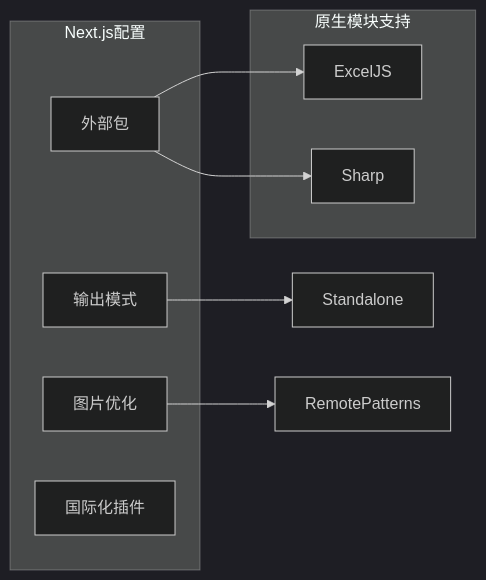
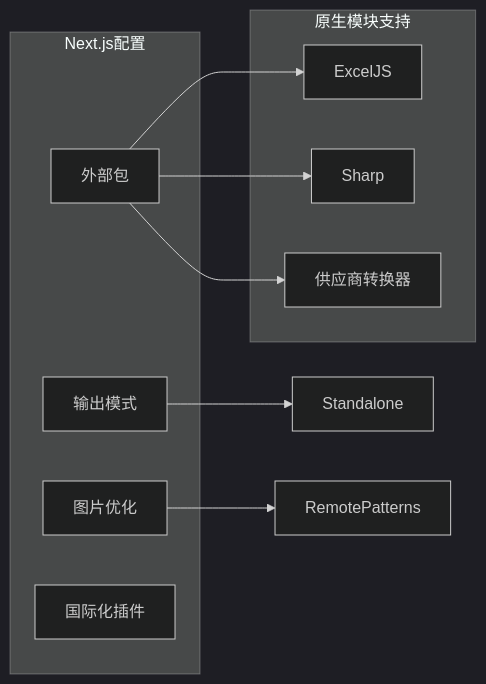
Diagram 11 of 12 in .qoder/repowiki/zh/content/Excel Import System.md (three3638-arch/celestia_2b), drawn with Mermaid (dark theme) before and after one commit. The commit also changed other lines of this file and 5 other files, not shown here.

````diff
--- a/.qoder/repowiki/zh/content/Excel Import System.md
+++ b/.qoder/repowiki/zh/content/Excel Import System.md
@@ -427,17 +509,19 @@
 ```mermaid
 graph LR
 subgraph "Next.js配置"
 Output[输出模式]
 External[外部包]
 Images[图片优化]
 Intl[国际化插件]
 end
 subgraph "原生模块支持"
 ExcelJS[ExcelJS]
 Sharp[Sharp]
+SupplierConverter[供应商转换器]
 end
 External --> ExcelJS
 External --> Sharp
+External --> SupplierConverter
 Output --> Standalone
 Images --> RemotePatterns
 ```
````
